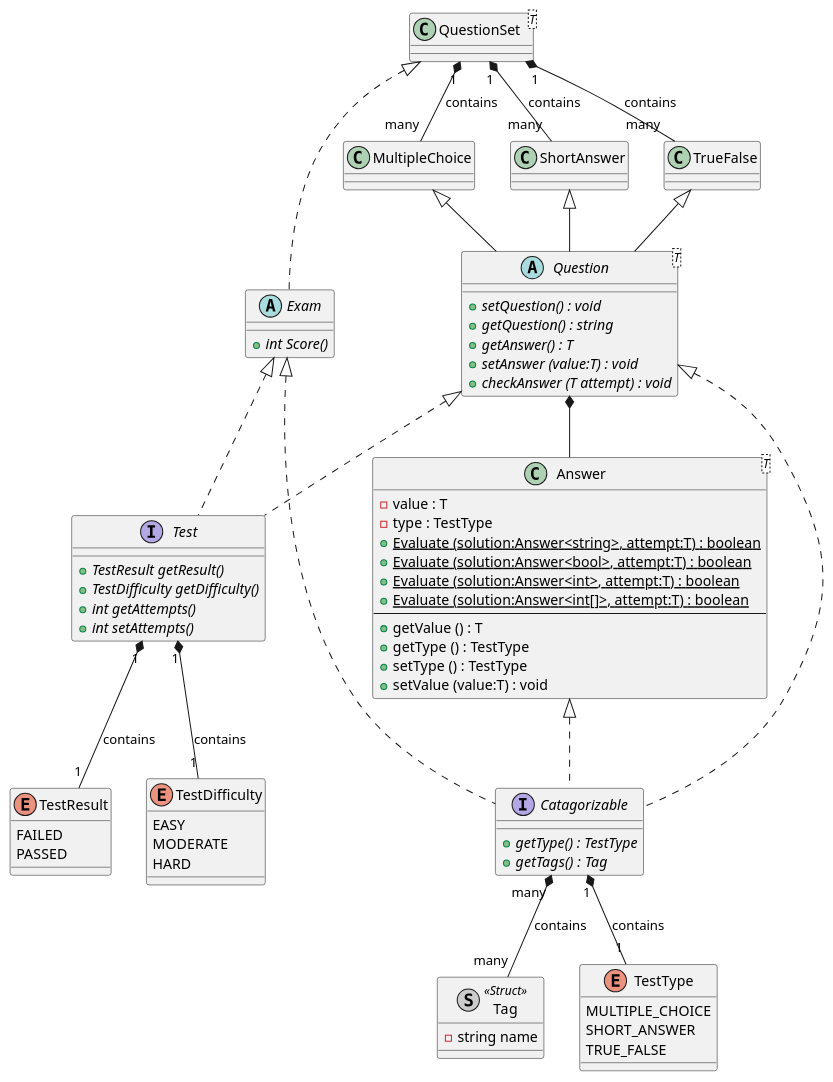
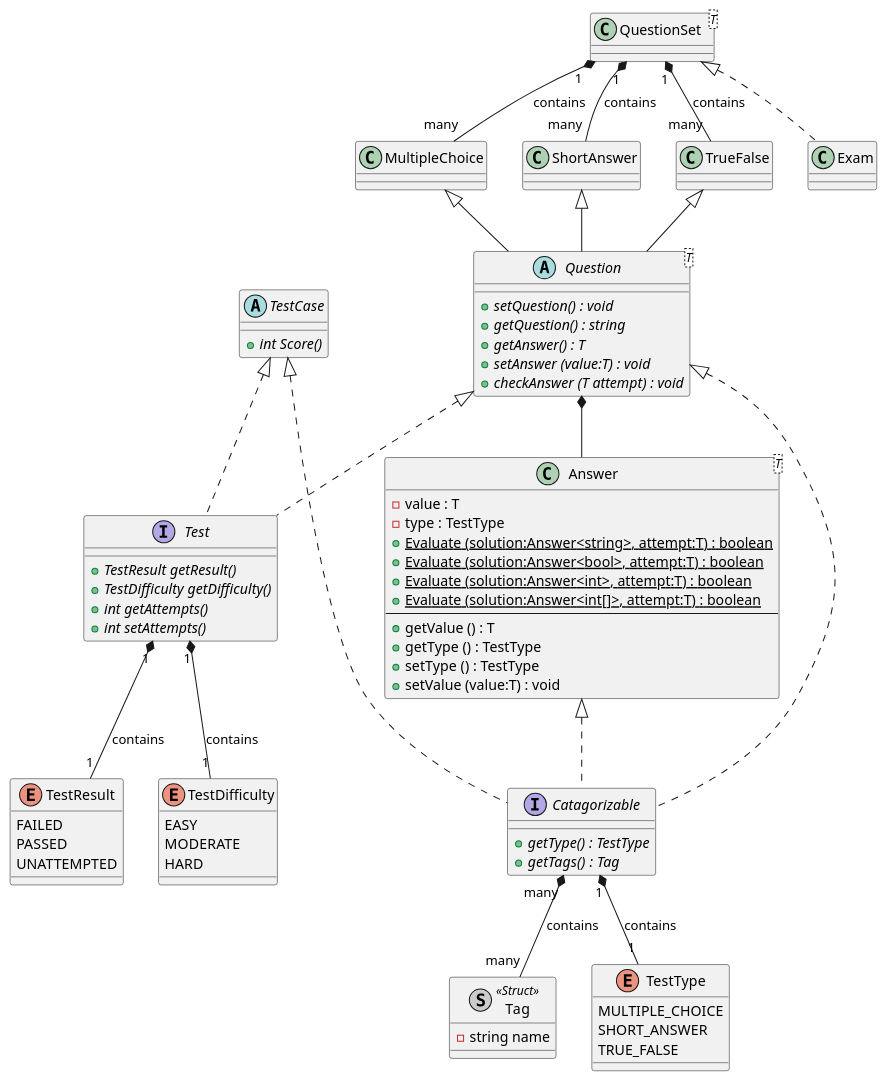
One commit to benjm-ma/quizzical changed the diagram in uml/classes.puml. Above: the diagram before and after it, drawn with PlantUML.

Commit message:
Updated UML to reflect changes

```diff
--- a/uml/classes.puml
+++ b/uml/classes.puml
@@ -1,94 +1,95 @@
 @startuml quizr
 
 
 class Tag << (S,#cccccc) Struct >>
 class Tag {
     - string name
 }
 
 interface Test {
     + {abstract} TestResult getResult()
     + {abstract} TestDifficulty getDifficulty()
     + {abstract} int getAttempts()
     + {abstract} int setAttempts()
 }
 
 Test "1" *-- "1" TestDifficulty : contains
 enum TestDifficulty {
     EASY
     MODERATE
     HARD
 }
 
 Test "1" *-- "1" TestResult : contains
 enum TestResult {
     FAILED
     PASSED
+    UNATTEMPTED
 }
 
 Catagorizable "1" *-- "1" TestType : contains
 Catagorizable "many" *-- "many" Tag :  contains
 interface Catagorizable {
     + {abstract} getType() : TestType
     + {abstract} getTags() : Tag
 }
 
 Question <|.. Test
 abstract Question <T> {
     + {abstract} setQuestion() : void
     + {abstract} getQuestion() : string
     + {abstract} getAnswer() : T
     + {abstract} setAnswer (value:T) : void
     + {abstract} checkAnswer (T attempt) : void
 }
 
 
 enum TestType {
     MULTIPLE_CHOICE
     SHORT_ANSWER
     TRUE_FALSE
 }
 Question       <|..Catagorizable
 MultipleChoice <|--Question
 ShortAnswer    <|--Question
 TrueFalse      <|--Question
 
 class ShortAnswer {
 
 }
 class TrueFalse {
 
 }
 
-Exam <|.. Catagorizable
-Exam <|.. Test
-abstract Exam {
+TestCase <|.. Catagorizable
+TestCase <|.. Test
+abstract TestCase {
     + {abstract} int Score()
 }
 
 class QuestionSet<T> {
 
 }
 
 QuestionSet "1" *-- "many" TrueFalse: contains
 QuestionSet "1" *-- "many" ShortAnswer: contains
 QuestionSet "1" *-- "many" MultipleChoice: contains
 QuestionSet <|.. Exam
 
 Question *-- Answer
 Answer <|.. Catagorizable
 class Answer<T> {
     - value : T
     - type : TestType
     + {static} Evaluate (solution:Answer<string>, attempt:T) : boolean
     + {static} Evaluate (solution:Answer<bool>, attempt:T) : boolean
     + {static} Evaluate (solution:Answer<int>, attempt:T) : boolean
     + {static} Evaluate (solution:Answer<int[]>, attempt:T) : boolean
     --
     + getValue () : T
     + getType () : TestType
     + setType () : TestType
     + setValue (value:T) : void
 }
 
 @enduml
```
